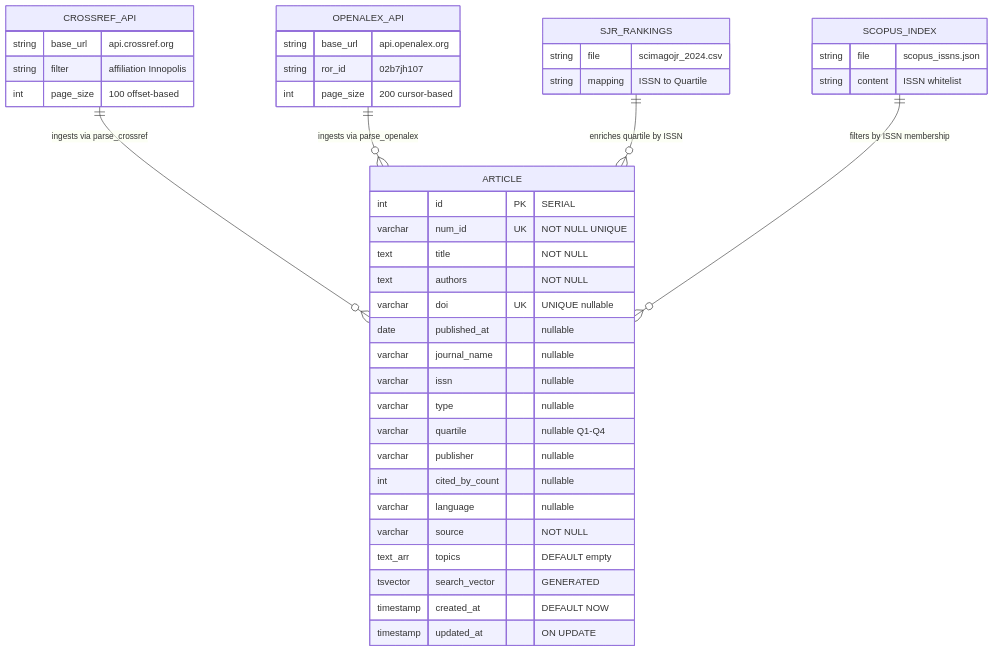
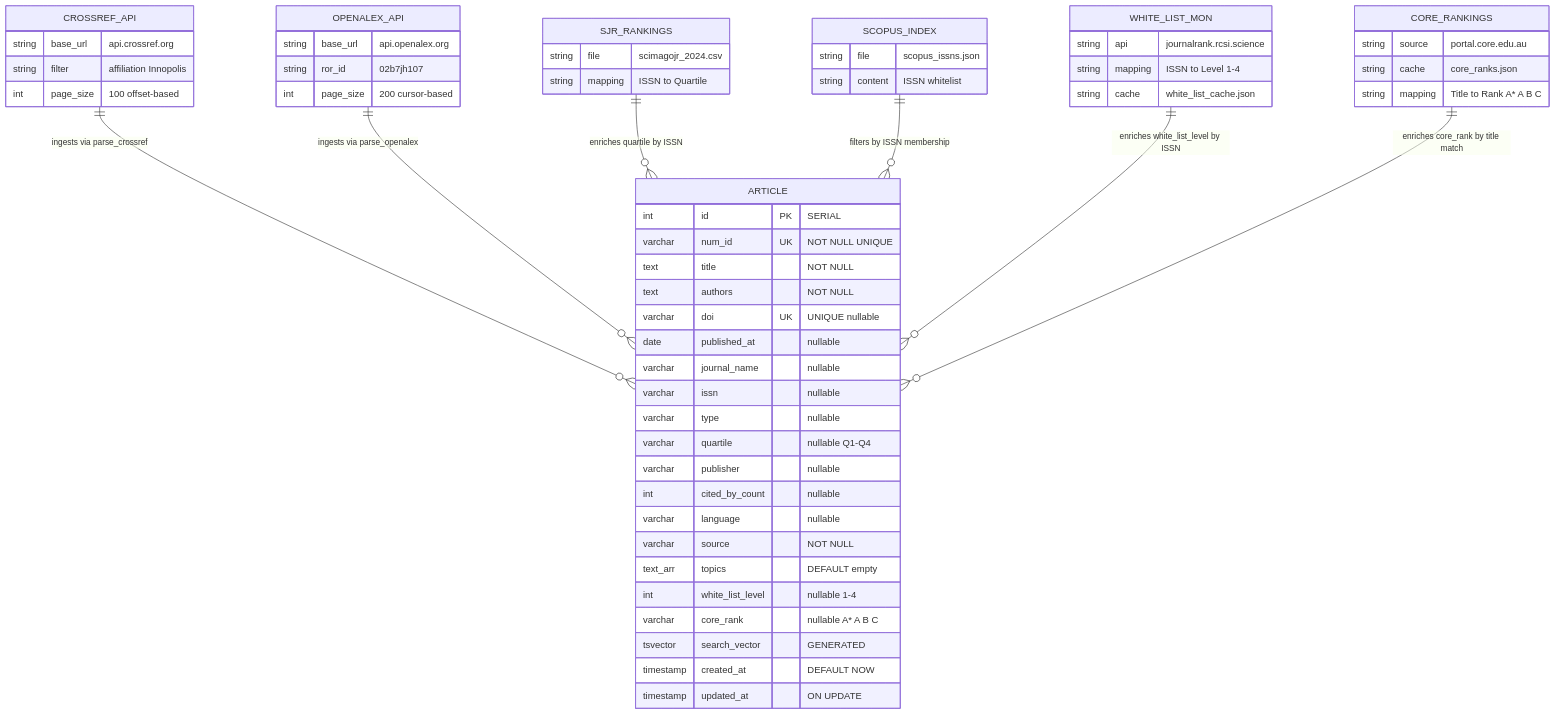
One commit to sevarus23/Mon_pub changed the diagram in diagrams/erd.mmd. Above: the diagram before and after it, drawn with Mermaid. The commit also changed 13 other files, not shown here.

```diff
--- a/diagrams/erd.mmd
+++ b/diagrams/erd.mmd
@@ -1,48 +1,64 @@
 erDiagram
     ARTICLE {
         int id PK "SERIAL"
         varchar num_id UK "NOT NULL UNIQUE"
         text title "NOT NULL"
         text authors "NOT NULL"
         varchar doi UK "UNIQUE nullable"
         date published_at "nullable"
         varchar journal_name "nullable"
         varchar issn "nullable"
         varchar type "nullable"
         varchar quartile "nullable Q1-Q4"
         varchar publisher "nullable"
         int cited_by_count "nullable"
         varchar language "nullable"
         varchar source "NOT NULL"
         text_arr topics "DEFAULT empty"
+        int white_list_level "nullable 1-4"
+        varchar core_rank "nullable A* A B C"
         tsvector search_vector "GENERATED"
         timestamp created_at "DEFAULT NOW"
         timestamp updated_at "ON UPDATE"
     }
 
     CROSSREF_API {
         string base_url "api.crossref.org"
         string filter "affiliation Innopolis"
         int page_size "100 offset-based"
     }
 
     OPENALEX_API {
         string base_url "api.openalex.org"
         string ror_id "02b7jh107"
         int page_size "200 cursor-based"
     }
 
     SJR_RANKINGS {
         string file "scimagojr_2024.csv"
         string mapping "ISSN to Quartile"
     }
 
     SCOPUS_INDEX {
         string file "scopus_issns.json"
         string content "ISSN whitelist"
     }
 
+    WHITE_LIST_MON {
+        string api "journalrank.rcsi.science"
+        string mapping "ISSN to Level 1-4"
+        string cache "white_list_cache.json"
+    }
+
+    CORE_RANKINGS {
+        string source "portal.core.edu.au"
+        string cache "core_ranks.json"
+        string mapping "Title to Rank A* A B C"
+    }
+
     CROSSREF_API ||--o{ ARTICLE : "ingests via parse_crossref"
     OPENALEX_API ||--o{ ARTICLE : "ingests via parse_openalex"
     SJR_RANKINGS ||--o{ ARTICLE : "enriches quartile by ISSN"
     SCOPUS_INDEX ||--o{ ARTICLE : "filters by ISSN membership"
+    WHITE_LIST_MON ||--o{ ARTICLE : "enriches white_list_level by ISSN"
+    CORE_RANKINGS ||--o{ ARTICLE : "enriches core_rank by title match"
```
